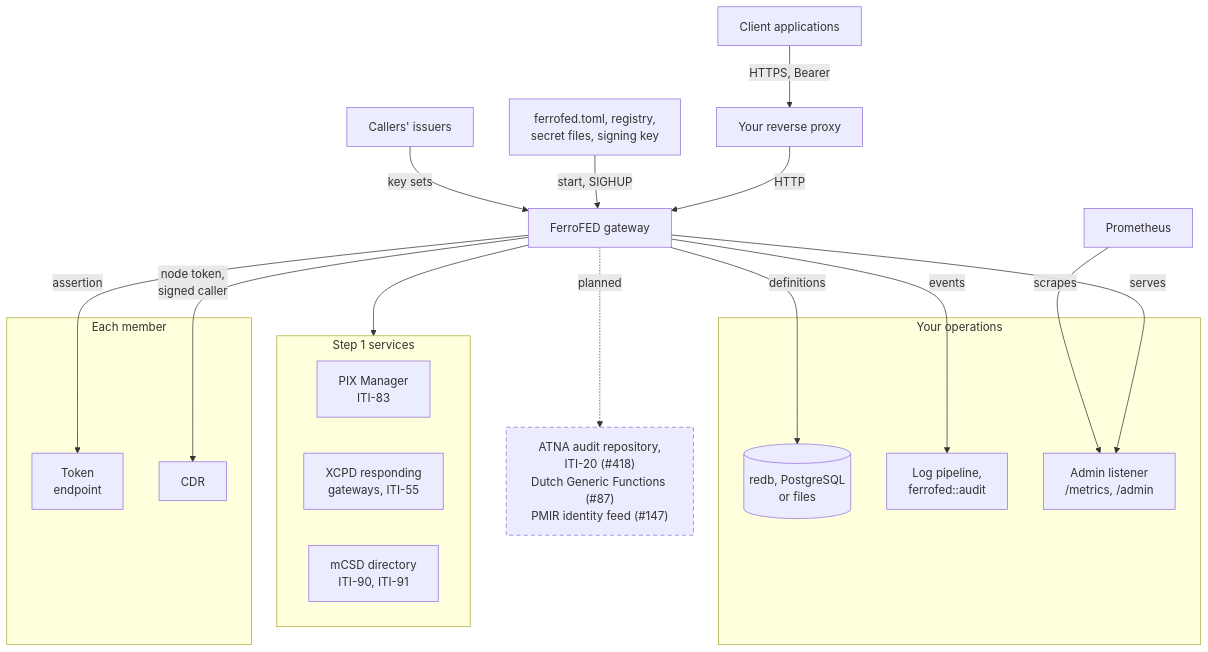
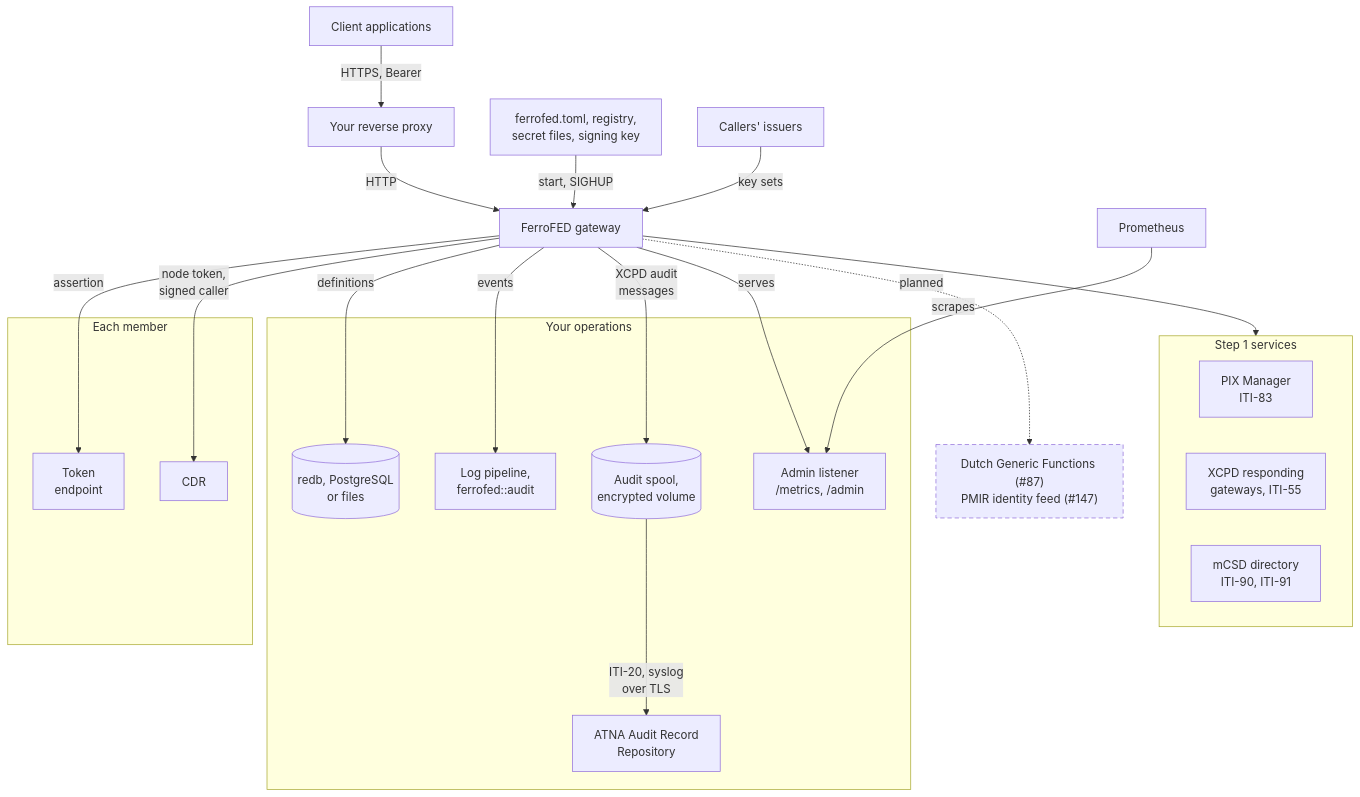
The second of 3 diagrams in website/book/src/how-it-works/deployment.md (FerroHEALTH/FerroFED), drawn with Mermaid before and after one commit. The commit also changed other lines of this file and 3 other files, not shown here.

Commit message:
docs(atna): draw the audit repository as built, and keep needs_restart within its bound (#418)

````diff
--- a/website/book/src/how-it-works/deployment.md
+++ b/website/book/src/how-it-works/deployment.md
@@ -61,30 +61,34 @@
 ```mermaid
 flowchart TB
     classDef planned stroke-dasharray: 6 4
     clients["Client applications"] -->|"HTTPS, Bearer"| proxy["Your reverse proxy"]
     proxy -->|"HTTP"| gw["FerroFED gateway"]
     cfg["ferrofed.toml, registry,<br/>secret files, signing key"] -->|"start, SIGHUP"| gw
     issuers["Callers' issuers"] -->|"key sets"| gw
     subgraph identity["Step 1 services"]
         pix["PIX Manager<br/>ITI-83"]
         xcpd["XCPD responding<br/>gateways, ITI-55"]
         mcsd["mCSD directory<br/>ITI-90, ITI-91"]
     end
     subgraph member["Each member"]
         tok["Token<br/>endpoint"]
         cdr["CDR"]
     end
     subgraph ops["Your operations"]
         store[("redb, PostgreSQL<br/>or files")]
         logs["Log pipeline,<br/>ferrofed::audit"]
+        spool[("Audit spool,<br/>encrypted volume")]
+        arr["ATNA Audit Record<br/>Repository"]
         admin["Admin listener<br/>/metrics, /admin"]
     end
     gw --> identity
     gw -->|"assertion"| tok
     gw -->|"node token,<br/>signed caller"| cdr
     gw -->|"definitions"| store
     gw -->|"events"| logs
+    gw -->|"XCPD audit<br/>messages"| spool
+    spool -->|"ITI-20, syslog<br/>over TLS"| arr
     gw -->|"serves"| admin
     prom["Prometheus"] -->|"scrapes"| admin
-    gw -.->|"planned"| planned["ATNA audit repository,<br/>ITI-20 (#418)<br/>Dutch Generic Functions (#87)<br/>PMIR identity feed (#147)"]:::planned
+    gw -.->|"planned"| planned["Dutch Generic Functions (#87)<br/>PMIR identity feed (#147)"]:::planned
 ```
````
